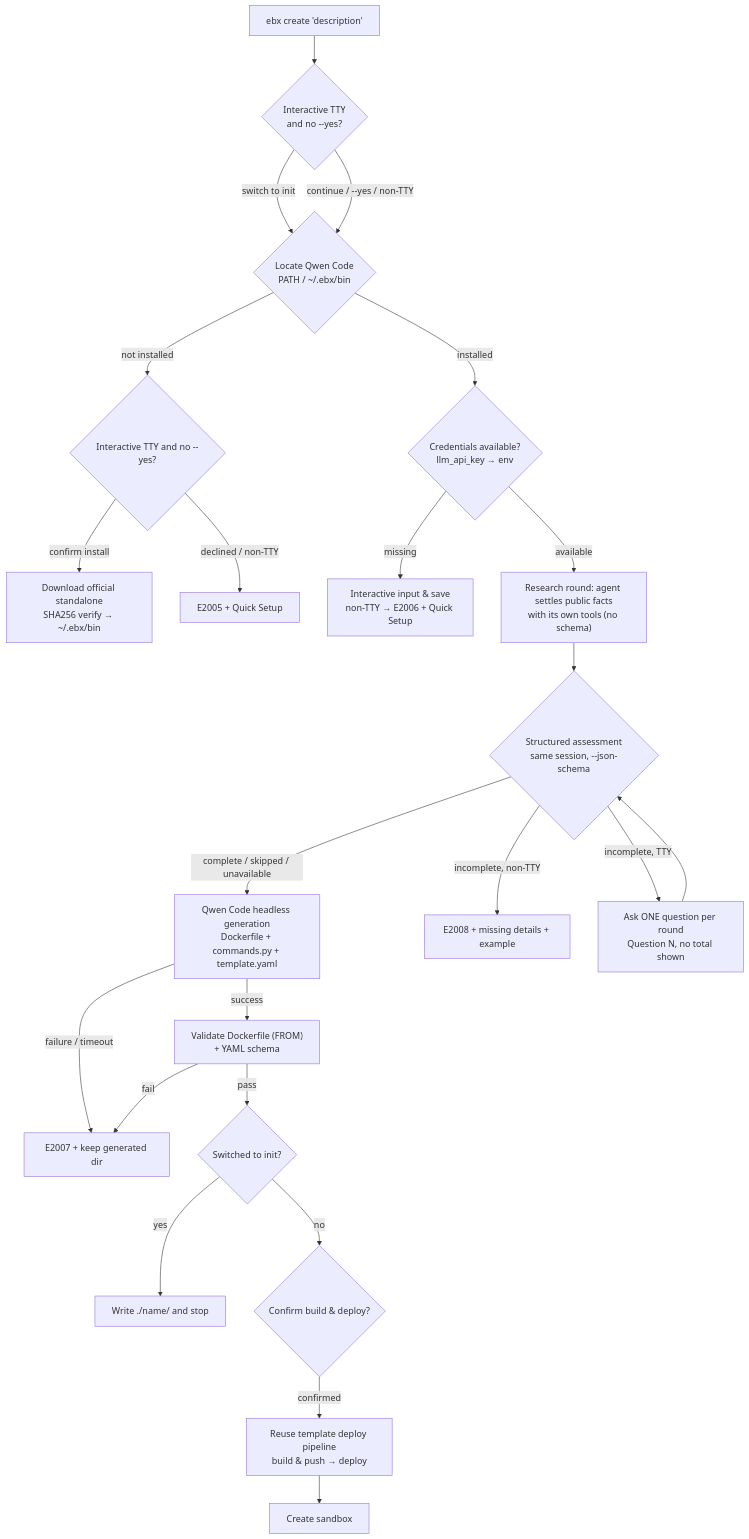
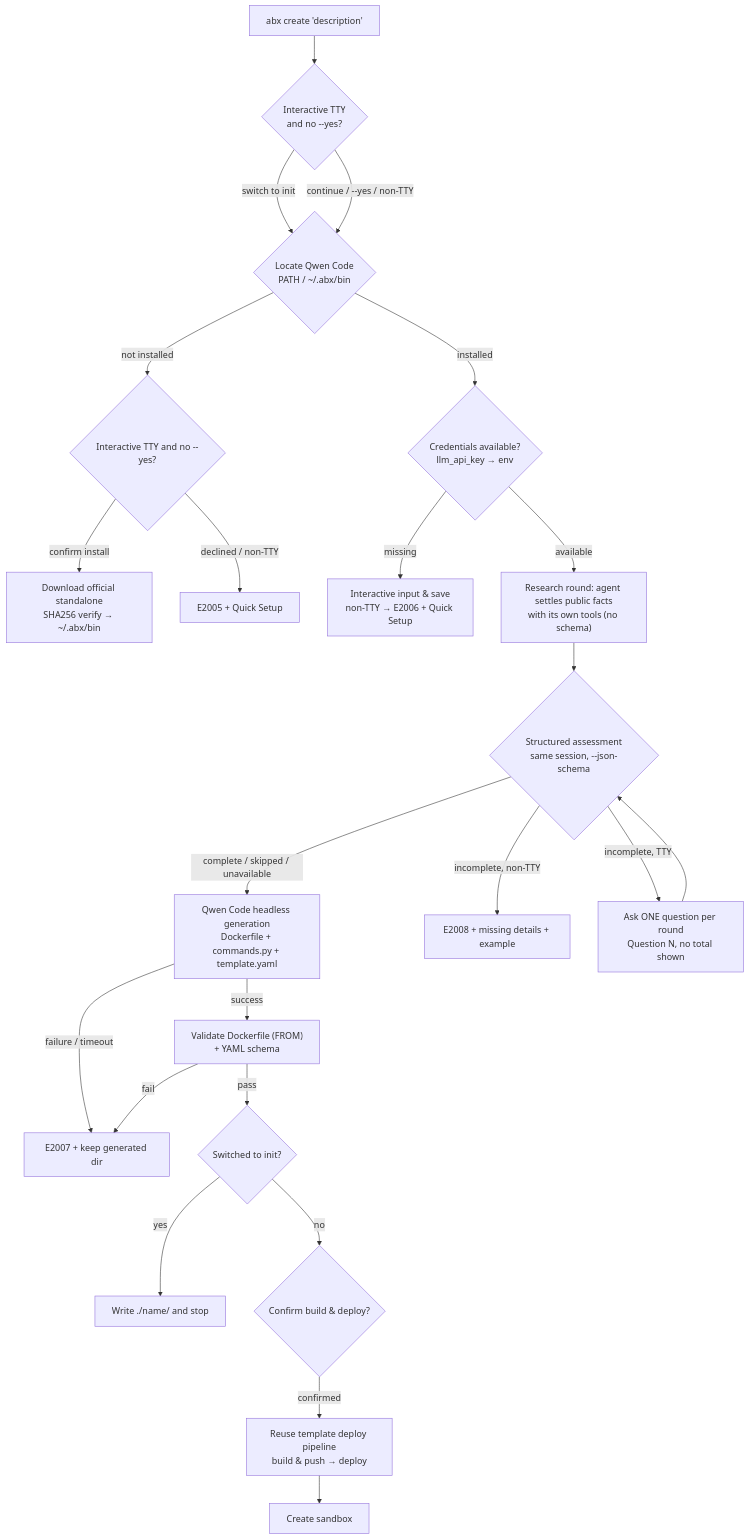
The second of 2 diagrams in docs/en/design/cli-design.md (Alibaba-Agent-Sandbox/agent-sandbox), drawn with Mermaid before and after one commit. The commit also changed other lines of this file and 644 other files, not shown here.

````diff
--- a/docs/en/design/cli-design.md
+++ b/docs/en/design/cli-design.md
@@ -158,25 +153,25 @@
 ```mermaid
 graph TD
-    Input["ebx create 'description'"] --> Scope{"Interactive TTY<br/>and no --yes?"}
+    Input["abx create 'description'"] --> Scope{"Interactive TTY<br/>and no --yes?"}
     Scope -- "switch to init" --> Find
-    Scope -- "continue / --yes / non-TTY" --> Find{"Locate Qwen Code<br/>PATH / ~/.ebx/bin"}
+    Scope -- "continue / --yes / non-TTY" --> Find{"Locate Qwen Code<br/>PATH / ~/.abx/bin"}
     Find -- not installed --> Install{"Interactive TTY and no --yes?"}
-    Install -- confirm install --> Download["Download official standalone<br/>SHA256 verify → ~/.ebx/bin"]
+    Install -- confirm install --> Download["Download official standalone<br/>SHA256 verify → ~/.abx/bin"]
     Install -- declined / non-TTY --> E2005["E2005 + Quick Setup"]
     Find -- installed --> Creds{"Credentials available?<br/>llm_api_key → env"}
     Creds -- missing --> Prompt["Interactive input & save<br/>non-TTY → E2006 + Quick Setup"]
     Creds -- available --> Research["Research round: agent settles public facts<br/>with its own tools (no schema)"]
     Research --> Assess{"Structured assessment<br/>same session, --json-schema"}
     Assess -- "complete / skipped / unavailable" --> Generate["Qwen Code headless generation<br/>Dockerfile + commands.py + template.yaml"]
     Assess -- "incomplete, non-TTY" --> E2008["E2008 + missing details + example"]
     Assess -- "incomplete, TTY" --> Ask["Ask ONE question per round<br/>Question N, no total shown"]
     Ask --> Assess
     Generate -- success --> Verify["Validate Dockerfile (FROM)<br/>+ YAML schema"]
     Generate -- failure / timeout --> E2007["E2007 + keep generated dir"]
     Verify -- pass --> Gate{"Switched to init?"}
     Gate -- yes --> Local["Write ./name/ and stop"]
     Gate -- no --> Confirm{"Confirm build & deploy?"}
     Confirm -- confirmed --> Deploy["Reuse template deploy pipeline<br/>build & push → deploy"]
     Deploy --> Create["Create sandbox"]
     Verify -- fail --> E2007
 ```
````
